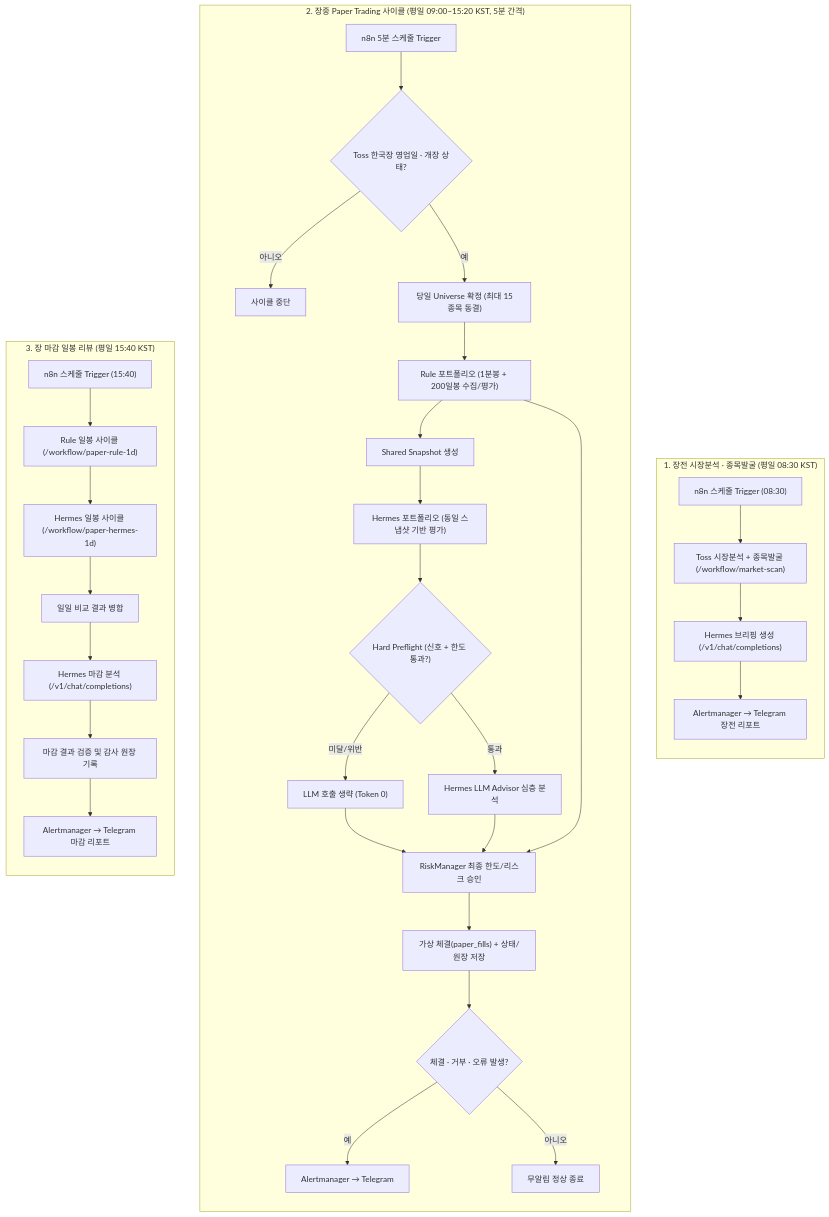
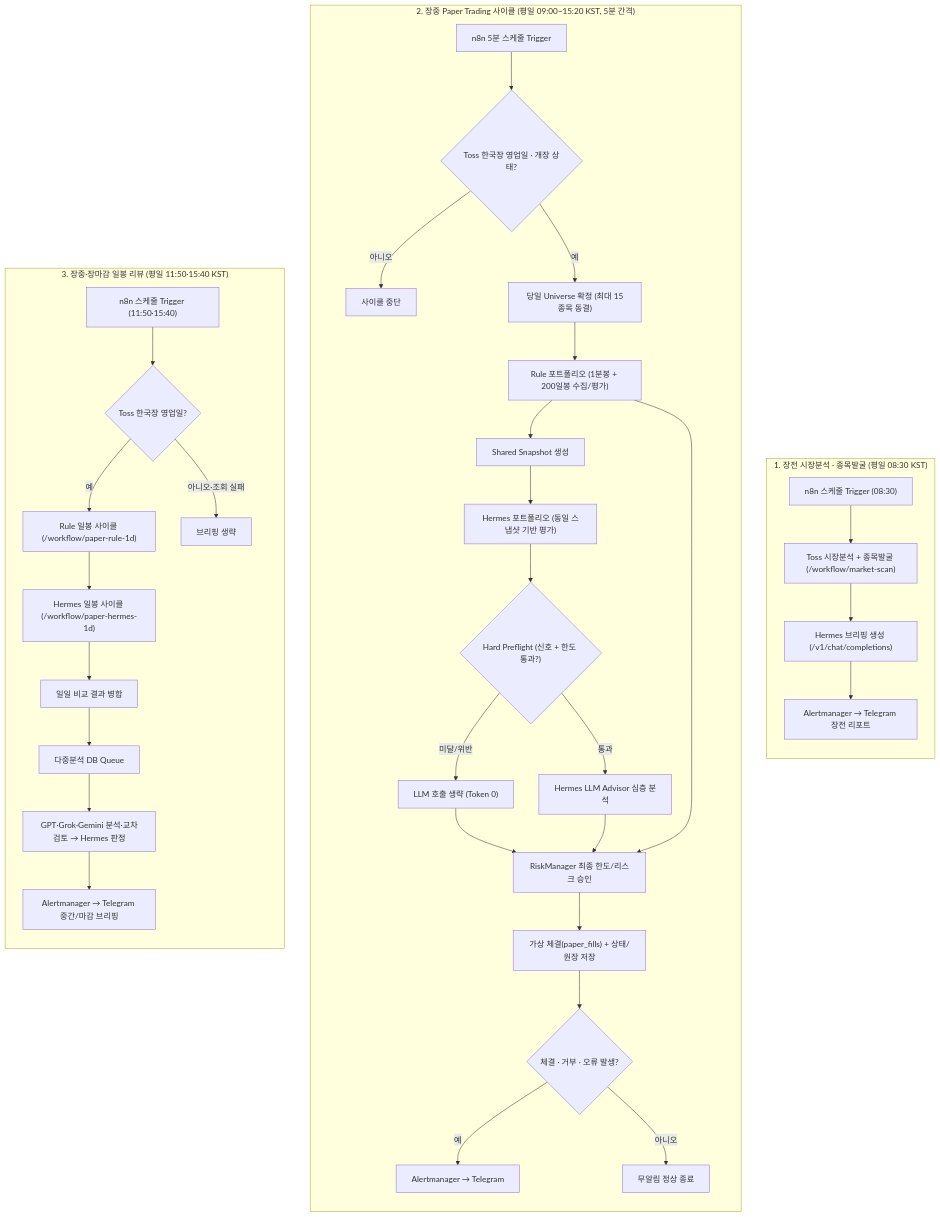
The diagram in docs/automatic-trading-scenario.md (hunchulchoi/toss-trader), drawn with Mermaid before and after one commit. The commit also changed other lines of this file and 12 other files, not shown here.

````diff
--- a/docs/automatic-trading-scenario.md
+++ b/docs/automatic-trading-scenario.md
@@ -19,39 +19,41 @@
 ```mermaid
 flowchart TB
     subgraph PRE["1. 장전 시장분석 · 종목발굴 (평일 08:30 KST)"]
         direction TB
         N_PRE["n8n 스케줄 Trigger (08:30)"] --> SCAN["Toss 시장분석 + 종목발굴 (/workflow/market-scan)"]
         SCAN --> H_PRE["Hermes 브리핑 생성 (/v1/chat/completions)"]
         H_PRE --> TG_PRE["Alertmanager → Telegram 장전 리포트"]
     end
 
     subgraph INTRA["2. 장중 Paper Trading 사이클 (평일 09:00~15:20 KST, 5분 간격)"]
         direction TB
         N_INTRA["n8n 5분 스케줄 Trigger"] --> CAL_CHK{"Toss 한국장 영업일 · 개장 상태?"}
         CAL_CHK -->|아니오| STOP_INTRA["사이클 중단"]
         CAL_CHK -->|예| UNIV["당일 Universe 확정 (최대 15종목 동결)"]
         UNIV --> RULE_1M["Rule 포트폴리오 (1분봉 + 200일봉 수집/평가)"]
         RULE_1M --> SNAP["Shared Snapshot 생성"]
         SNAP --> HERMES_1M["Hermes 포트폴리오 (동일 스냅샷 기반 평가)"]
         HERMES_1M --> PREFLIGHT{"Hard Preflight (신호 + 한도 통과?)"}
         PREFLIGHT -->|미달/위반| SKIP_LLM["LLM 호출 생략 (Token 0)"]
         PREFLIGHT -->|통과| ADV_LLM["Hermes LLM Advisor 심층 분석"]
         ADV_LLM --> RISK_CHK["RiskManager 최종 한도/리스크 승인"]
         RULE_1M --> RISK_CHK
         SKIP_LLM --> RISK_CHK
         RISK_CHK --> EXEC_DB["가상 체결(paper_fills) + 상태/원장 저장"]
         EXEC_DB --> NOTICE_CHK{"체결 · 거부 · 오류 발생?"}
         NOTICE_CHK -->|예| TG_INTRA["Alertmanager → Telegram"]
         NOTICE_CHK -->|아니오| QUIET_INTRA["무알림 정상 종료"]
     end
 
-    subgraph POST["3. 장 마감 일봉 리뷰 (평일 15:40 KST)"]
+    subgraph POST["3. 장중·장마감 일봉 리뷰 (평일 11:50·15:40 KST)"]
         direction TB
-        N_POST["n8n 스케줄 Trigger (15:40)"] --> RULE_1D["Rule 일봉 사이클 (/workflow/paper-rule-1d)"]
+        N_POST["n8n 스케줄 Trigger (11:50·15:40)"] --> CAL_POST{"Toss 한국장 영업일?"}
+        CAL_POST -->|예| RULE_1D["Rule 일봉 사이클 (/workflow/paper-rule-1d)"]
+        CAL_POST -->|아니오·조회 실패| STOP_POST["브리핑 생략"]
         RULE_1D --> HERMES_1D["Hermes 일봉 사이클 (/workflow/paper-hermes-1d)"]
         HERMES_1D --> COMBINE["일일 비교 결과 병합"]
-        COMBINE --> H_POST["Hermes 마감 분석 (/v1/chat/completions)"]
-        H_POST --> REPORT_POST["마감 결과 검증 및 감사 원장 기록"]
-        REPORT_POST --> TG_POST["Alertmanager → Telegram 마감 리포트"]
+        COMBINE --> QUEUE_POST["다중분석 DB Queue"]
+        QUEUE_POST --> PANEL_POST["GPT·Grok·Gemini 분석·교차검토 → Hermes 판정"]
+        PANEL_POST --> TG_POST["Alertmanager → Telegram 중간/마감 브리핑"]
     end
 ```
````
